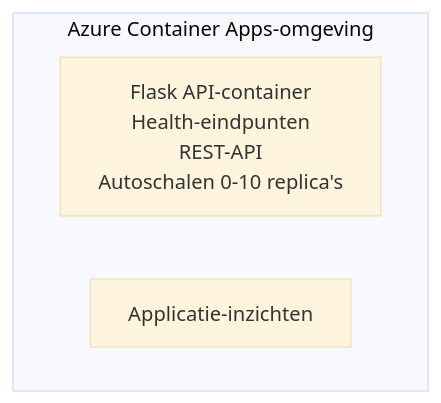
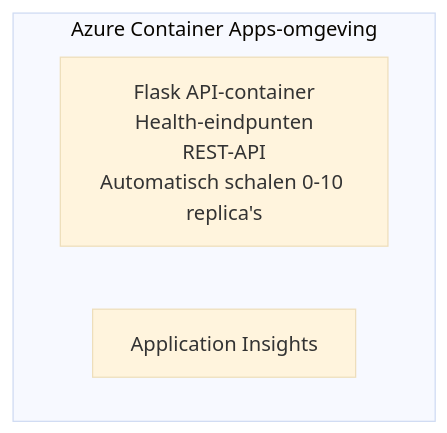
One commit to microsoft/AZD-for-beginners changed the diagram in translations/nl/examples/container-app/simple-flask-api/README.md. Above: the diagram before and after it, drawn with Mermaid (base theme). The commit also changed other lines of this file and 104 other files, not shown here.

````diff
--- a/translations/nl/examples/container-app/simple-flask-api/README.md
+++ b/translations/nl/examples/container-app/simple-flask-api/README.md
@@ -26,7 +26,7 @@
 ```mermaid
 graph TD
     subgraph ACA[Azure Container Apps-omgeving]
-        Flask[Flask API-container<br/>Health-eindpunten<br/>REST-API<br/>Autoschalen 0-10 replica's]
-        AppInsights[Applicatie-inzichten]
+        Flask[Flask API-container<br/>Health-eindpunten<br/>REST-API<br/>Automatisch schalen 0-10 replica's]
+        AppInsights[Application Insights]
     end
 ```
````
